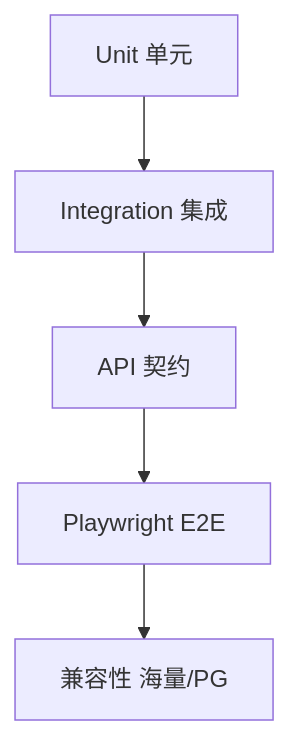
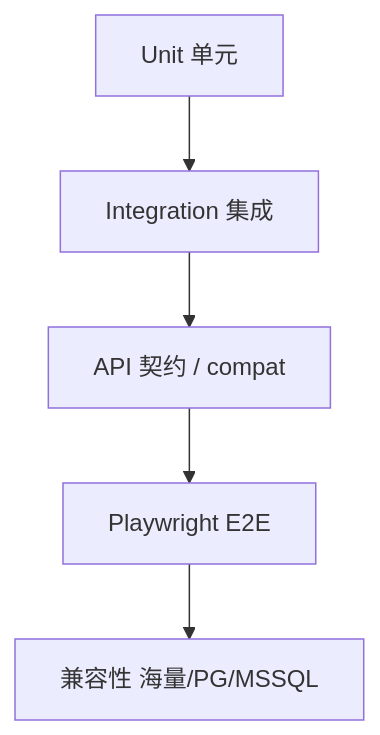
Before and after one commit to TristanTong/nocodb: the first of 2 diagrams in docs/05-自动化测试方案.md, drawn with Mermaid. The commit also changed other lines of this file and 10 other files, not shown here.

````diff
--- a/docs/05-自动化测试方案.md
+++ b/docs/05-自动化测试方案.md
@@ -16,7 +16,7 @@
 ```mermaid
 flowchart TB
   UT[Unit 单元] --> IT[Integration 集成]
-  IT --> API[API 契约]
+  IT --> API[API 契约 / compat]
   API --> E2E[Playwright E2E]
-  E2E --> COMP[兼容性 海量/PG]
+  E2E --> COMP[兼容性 海量/PG/MSSQL]
 ```
````
